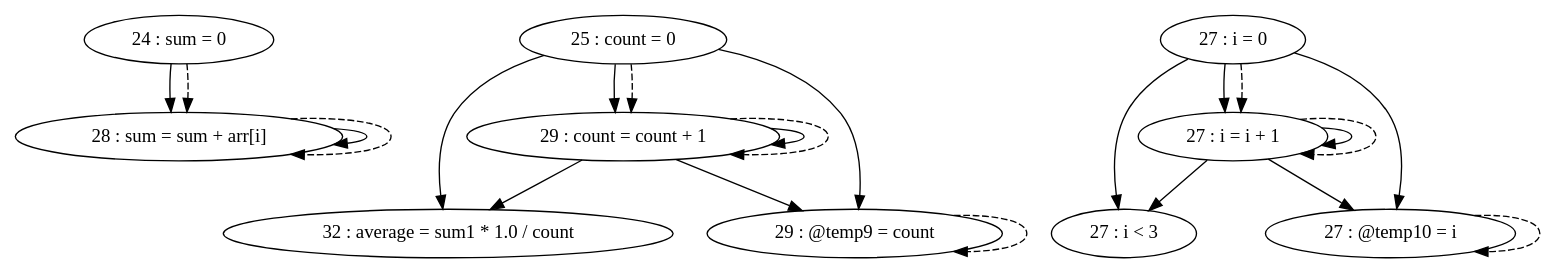
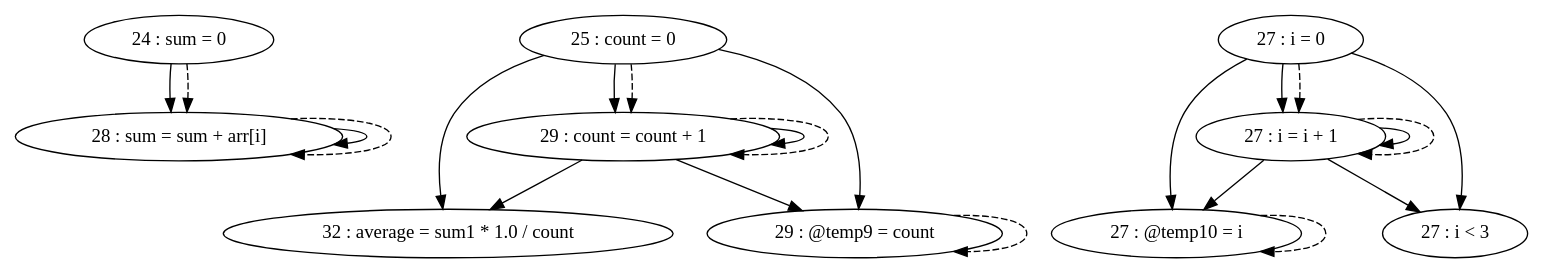
The diagram in pdg/source/testFiles/TestCases/TestCase3/TestCase3-test2.gv (thomassimko/thesis-code-duplication), drawn with Graphviz before and after one commit. The commit also changed other lines of this file and 63 other files, not shown here.

Commit message:
fixed issue with loop in graph

```diff
--- a/pdg/source/testFiles/TestCases/TestCase3/TestCase3-test2.gv
+++ b/pdg/source/testFiles/TestCases/TestCase3/TestCase3-test2.gv
@@ -1,34 +1,34 @@
 digraph G {
 "24 : sum = 0"
 "24 : sum = 0" -> "28 : sum = sum + arr[i]"
 "24 : sum = 0" -> "28 : sum = sum + arr[i]" [style=dashed]
 "25 : count = 0"
+"25 : count = 0" -> "29 : count = count + 1"
 "25 : count = 0" -> "32 : average = sum1 * 1.0 / count"
-"25 : count = 0" -> "29 : count = count + 1"
 "25 : count = 0" -> "29 : @temp9 = count"
 "25 : count = 0" -> "29 : count = count + 1" [style=dashed]
 "27 : i = 0"
 "27 : i = 0" -> "27 : i = i + 1"
+"27 : i = 0" -> "27 : @temp10 = i"
 "27 : i = 0" -> "27 : i < 3"
-"27 : i = 0" -> "27 : @temp10 = i"
 "27 : i = 0" -> "27 : i = i + 1" [style=dashed]
 "27 : i < 3"
 "28 : sum = sum + arr[i]"
 "28 : sum = sum + arr[i]" -> "28 : sum = sum + arr[i]"
 "28 : sum = sum + arr[i]" -> "28 : sum = sum + arr[i]" [style=dashed]
 "29 : @temp9 = count"
 "29 : @temp9 = count" -> "29 : @temp9 = count" [style=dashed]
 "29 : count = count + 1"
+"29 : count = count + 1" -> "29 : count = count + 1"
 "29 : count = count + 1" -> "32 : average = sum1 * 1.0 / count"
-"29 : count = count + 1" -> "29 : count = count + 1"
 "29 : count = count + 1" -> "29 : @temp9 = count"
 "29 : count = count + 1" -> "29 : count = count + 1" [style=dashed]
 "27 : @temp10 = i"
 "27 : @temp10 = i" -> "27 : @temp10 = i" [style=dashed]
 "27 : i = i + 1"
 "27 : i = i + 1" -> "27 : i = i + 1"
+"27 : i = i + 1" -> "27 : @temp10 = i"
 "27 : i = i + 1" -> "27 : i < 3"
-"27 : i = i + 1" -> "27 : @temp10 = i"
 "27 : i = i + 1" -> "27 : i = i + 1" [style=dashed]
 "32 : average = sum1 * 1.0 / count"
 }
```
